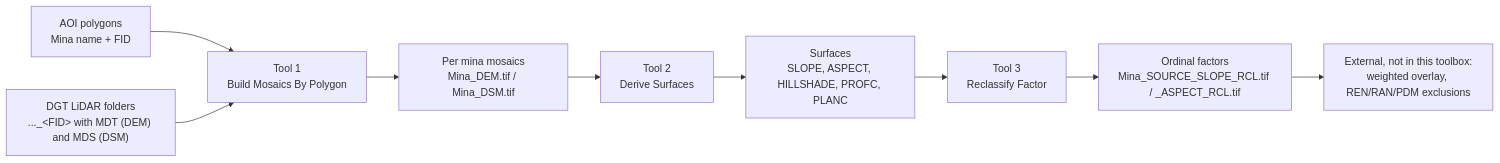
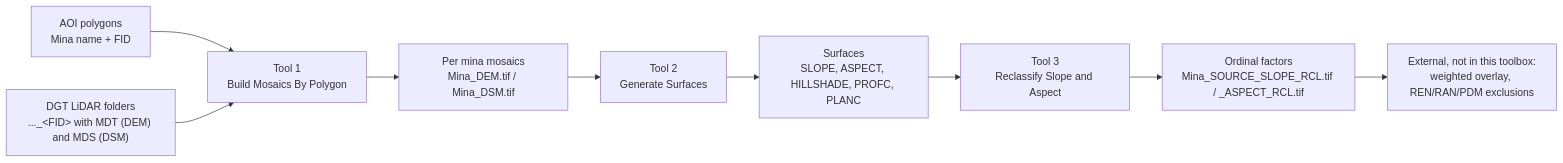
Before and after one commit to PedroMMGoncalves/lidar-terrain-arcgis-tools: the diagram in README.md, drawn with Mermaid. The commit also changed other lines of this file and 1 other file, not shown here.

````diff
--- a/README.md
+++ b/README.md
@@ -36,11 +36,11 @@
 ```mermaid
 flowchart LR
     AOI["AOI polygons<br/>Mina name + FID"] --> T1["Tool 1<br/>Build Mosaics By Polygon"]
     LID["DGT LiDAR folders<br/>..._&lt;FID&gt; with MDT (DEM) and MDS (DSM)"] --> T1
     T1 --> M["Per mina mosaics<br/>Mina_DEM.tif / Mina_DSM.tif"]
-    M --> T2["Tool 2<br/>Derive Surfaces"]
+    M --> T2["Tool 2<br/>Generate Surfaces"]
     T2 --> S["Surfaces<br/>SLOPE, ASPECT, HILLSHADE, PROFC, PLANC"]
-    S --> T3["Tool 3<br/>Reclassify Factor"]
+    S --> T3["Tool 3<br/>Reclassify Slope and Aspect"]
     T3 --> R["Ordinal factors<br/>Mina_SOURCE_SLOPE_RCL.tif / _ASPECT_RCL.tif"]
     R --> EXT["External, not in this toolbox:<br/>weighted overlay, REN/RAN/PDM exclusions"]
 ```
````
